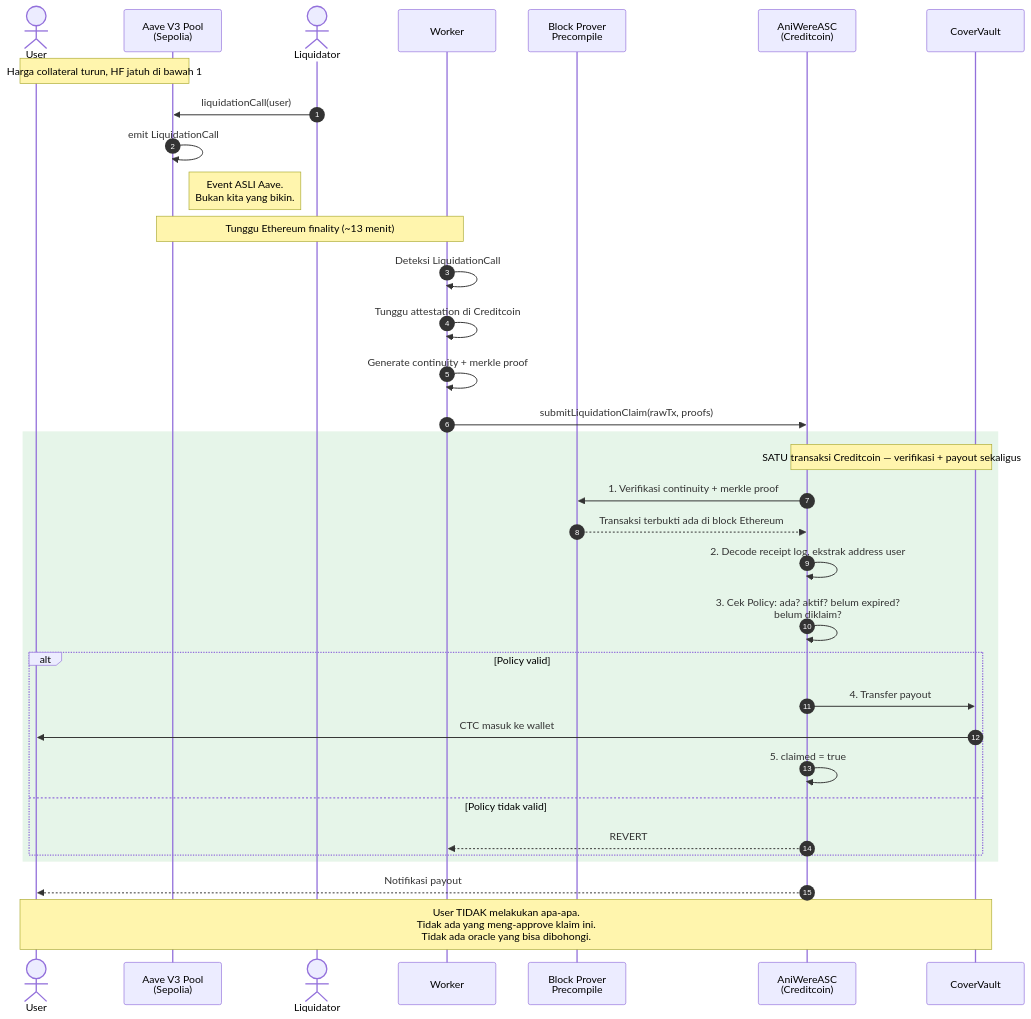
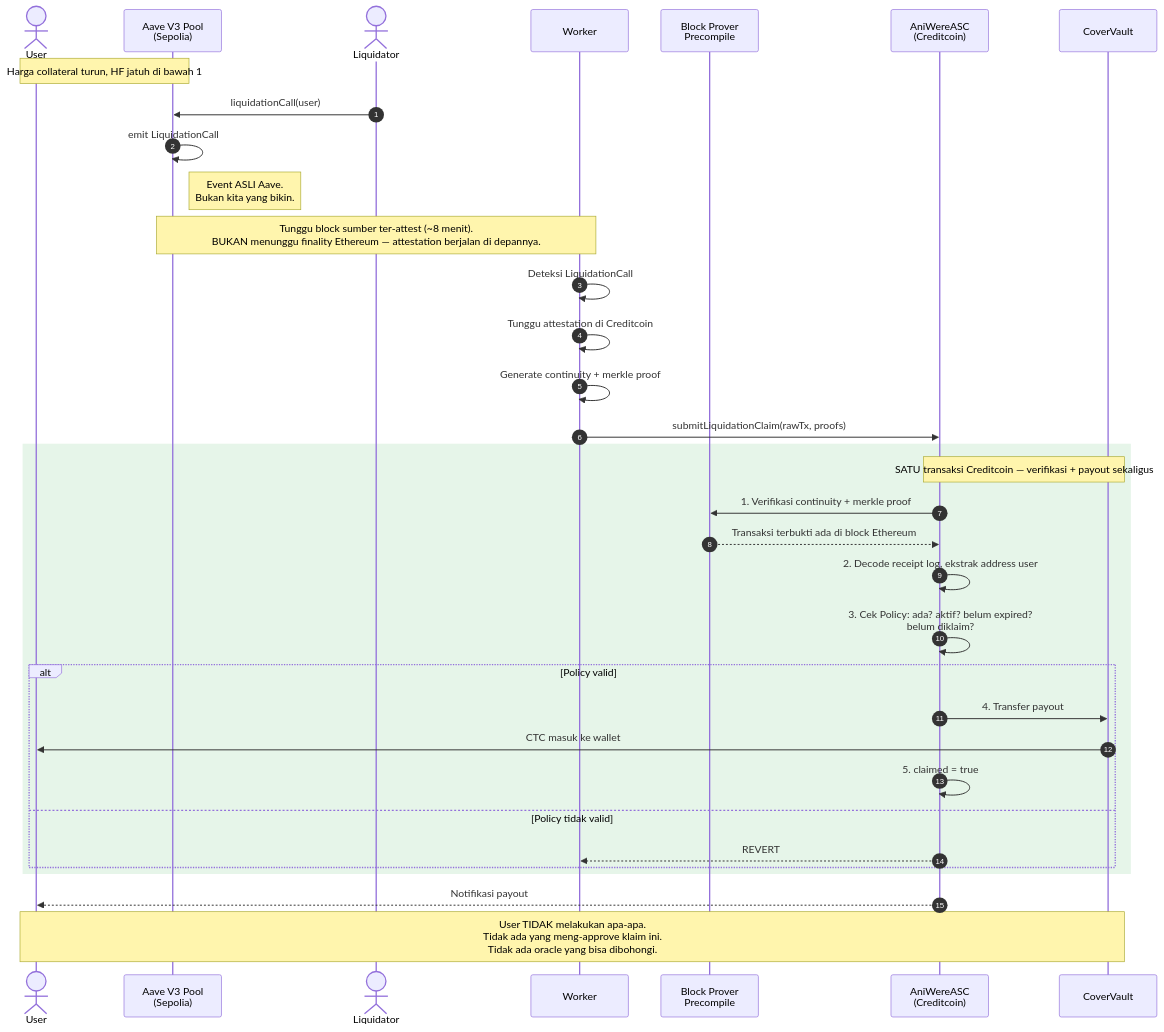
Before and after one commit to artomily/aniwere: the diagram in docs/diagrams/3-flow-klaim-payout.mermaid, drawn with Mermaid. The commit also changed 4 other files, not shown here.

First line of the commit message:
fix(docs): buang framing finality yang sudah ditarik, render diagram ke PNG

```diff
--- a/docs/diagrams/3-flow-klaim-payout.mermaid
+++ b/docs/diagrams/3-flow-klaim-payout.mermaid
@@ -1,41 +1,41 @@
 sequenceDiagram
     autonumber
     actor U as User
     participant AV as Aave V3 Pool<br/>(Sepolia)
     actor L as Liquidator
     participant W as Worker
     participant PC as Block Prover<br/>Precompile
     participant ASC as AniWereASC<br/>(Creditcoin)
     participant V as CoverVault
 
     Note over U,AV: Harga collateral turun, HF jatuh di bawah 1
 
     L->>AV: liquidationCall(user)
     AV->>AV: emit LiquidationCall
     Note right of AV: Event ASLI Aave.<br/>Bukan kita yang bikin.
 
-    Note over AV,W: Tunggu Ethereum finality (~13 menit)
+    Note over AV,W: Tunggu block sumber ter-attest (~8 menit).<br/>BUKAN menunggu finality Ethereum — attestation berjalan di depannya.
 
     W->>W: Deteksi LiquidationCall
     W->>W: Tunggu attestation di Creditcoin
     W->>W: Generate continuity + merkle proof
     W->>ASC: submitLiquidationClaim(rawTx, proofs)
 
     rect rgb(230, 245, 233)
     Note over ASC,V: SATU transaksi Creditcoin — verifikasi + payout sekaligus
     ASC->>PC: 1. Verifikasi continuity + merkle proof
     PC-->>ASC: Transaksi terbukti ada di block Ethereum
     ASC->>ASC: 2. Decode receipt log, ekstrak address user
     ASC->>ASC: 3. Cek Policy: ada? aktif? belum expired?<br/>belum diklaim?
     alt Policy valid
         ASC->>V: 4. Transfer payout
         V->>U: CTC masuk ke wallet
         ASC->>ASC: 5. claimed = true
     else Policy tidak valid
         ASC-->>W: REVERT
     end
     end
 
     ASC-->>U: Notifikasi payout
 
     Note over U,V: User TIDAK melakukan apa-apa.<br/>Tidak ada yang meng-approve klaim ini.<br/>Tidak ada oracle yang bisa dibohongi.
```
